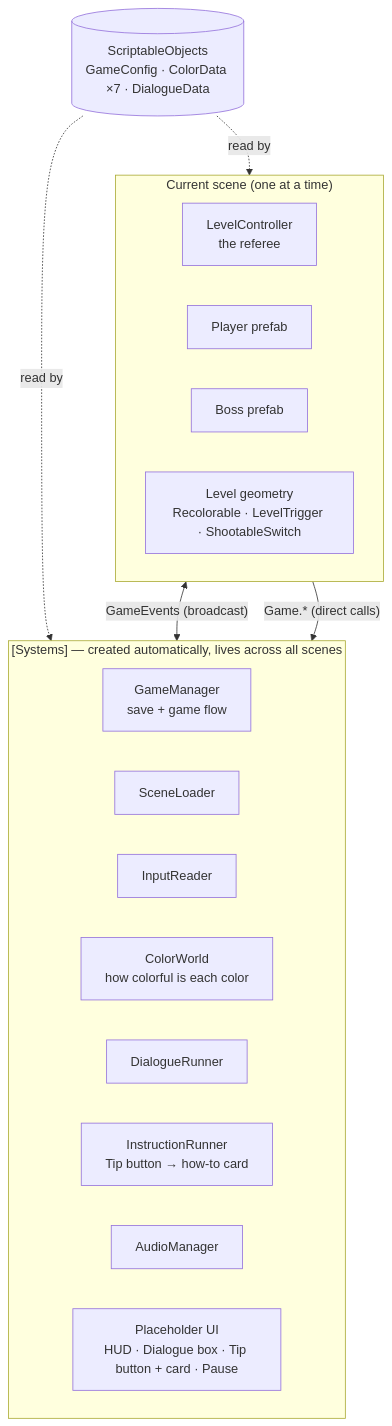
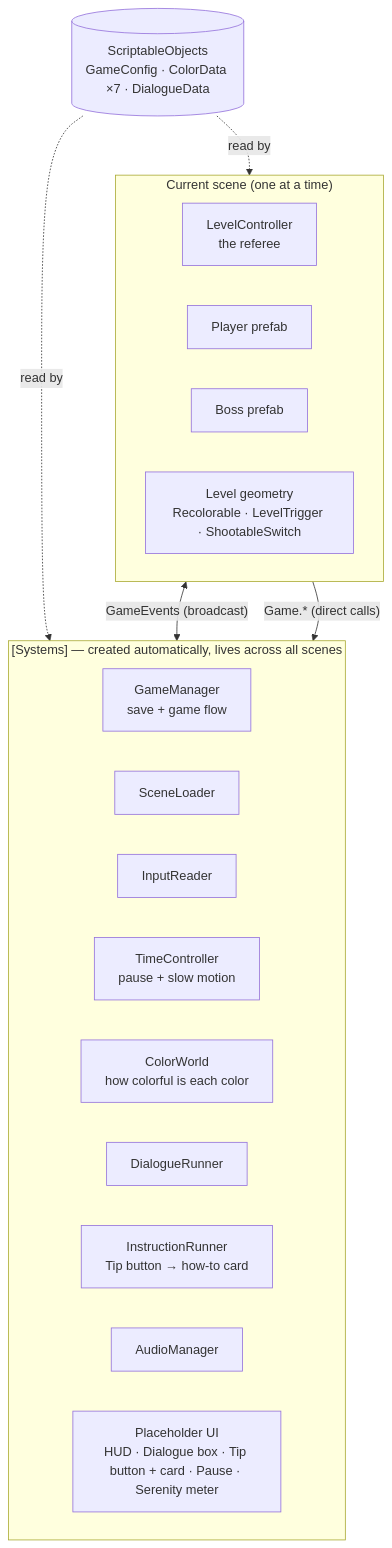
One commit to Waldron-Wang/Roygbiv_GameJam changed the first of 3 diagrams in ARCHITECTURE.md. Above: the diagram before and after it, drawn with Mermaid. The commit also changed other lines of this file and 25 other files, not shown here.

First line of the commit message:
Add Serenity (Indigo's reward) and a central TimeController

````diff
--- a/ARCHITECTURE.md
+++ b/ARCHITECTURE.md
@@ -13,27 +13,28 @@
 ```mermaid
 flowchart TB
     subgraph Persistent["[Systems] — created automatically, lives across all scenes"]
         GM[GameManager<br/>save + game flow]
         SL[SceneLoader]
         IR[InputReader]
+        TC[TimeController<br/>pause + slow motion]
         CW[ColorWorld<br/>how colorful is each color]
         DR[DialogueRunner]
         IN[InstructionRunner<br/>Tip button → how-to card]
         AM[AudioManager]
-        UI[Placeholder UI<br/>HUD · Dialogue box · Tip button + card · Pause]
+        UI[Placeholder UI<br/>HUD · Dialogue box · Tip button + card · Pause · Serenity meter]
     end
 
     subgraph Scene["Current scene (one at a time)"]
         LC[LevelController<br/>the referee]
         P[Player prefab]
         B[Boss prefab]
         ENV[Level geometry<br/>Recolorable · LevelTrigger · ShootableSwitch]
     end
 
     DATA[(ScriptableObjects<br/>GameConfig · ColorData ×7 · DialogueData)]
 
     DATA -. read by .-> Persistent
     DATA -. read by .-> Scene
     Scene <-- "GameEvents (broadcast)" --> Persistent
     Scene -- "Game.* (direct calls)" --> Persistent
 ```
````
